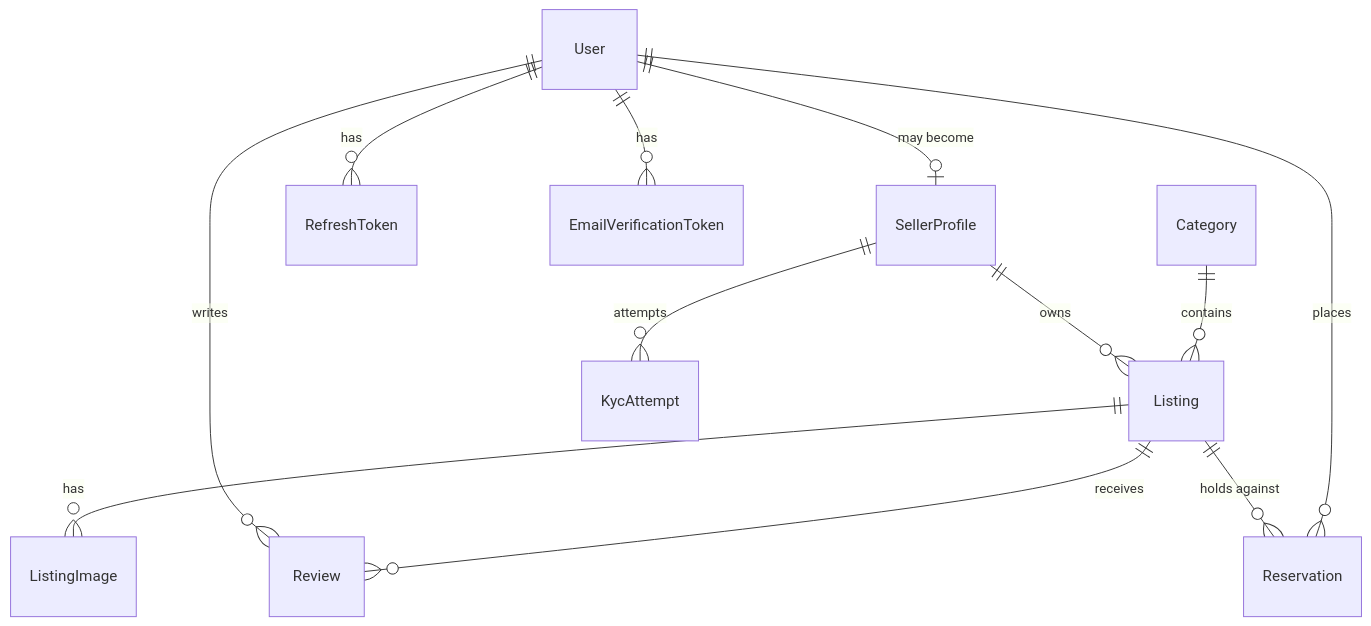
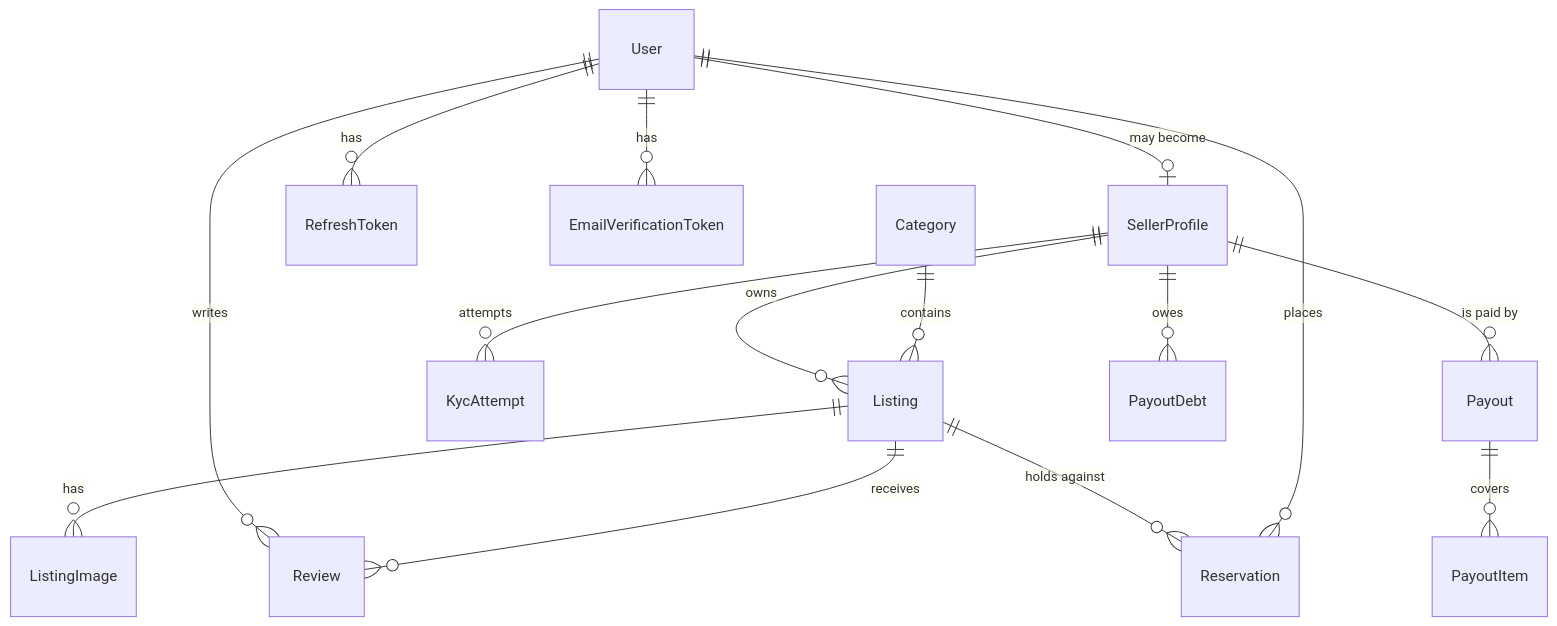
The diagram in docs/architecture/data-model.md (prefierolasoledad/Kintsugi), drawn with Mermaid before and after one commit. The commit also changed other lines of this file and 46 other files, not shown here.

Commit message:
Add admin and seller payout pages with functionality for viewing and managing payouts

````diff
--- a/docs/architecture/data-model.md
+++ b/docs/architecture/data-model.md
@@ -10,14 +10,17 @@
 ```mermaid
 erDiagram
     User ||--o| SellerProfile : "may become"
     User ||--o{ RefreshToken : has
     User ||--o{ EmailVerificationToken : has
     User ||--o{ Review : writes
     SellerProfile ||--o{ Listing : owns
     SellerProfile ||--o{ KycAttempt : "attempts"
+    SellerProfile ||--o{ Payout : "is paid by"
+    SellerProfile ||--o{ PayoutDebt : owes
+    Payout ||--o{ PayoutItem : covers
     Category ||--o{ Listing : contains
     Listing ||--o{ ListingImage : has
     Listing ||--o{ Review : receives
     Listing ||--o{ Reservation : "holds against"
     User ||--o{ Reservation : places
 ```
````
